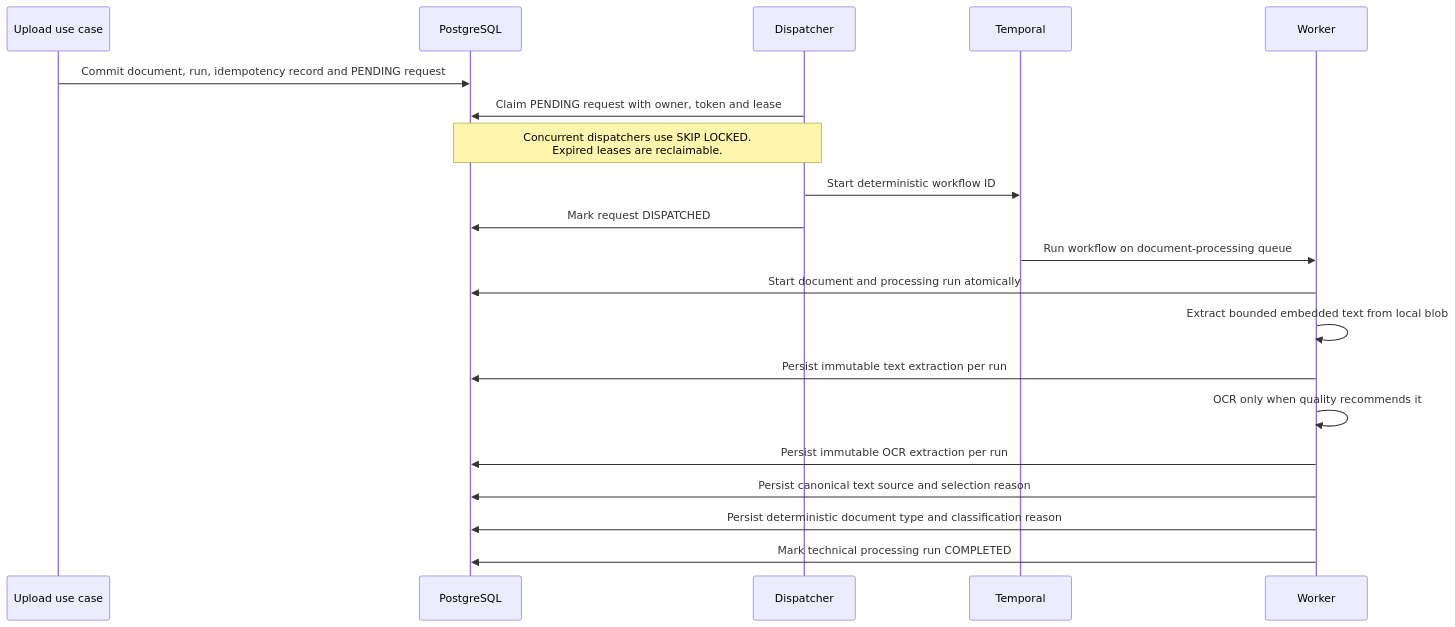
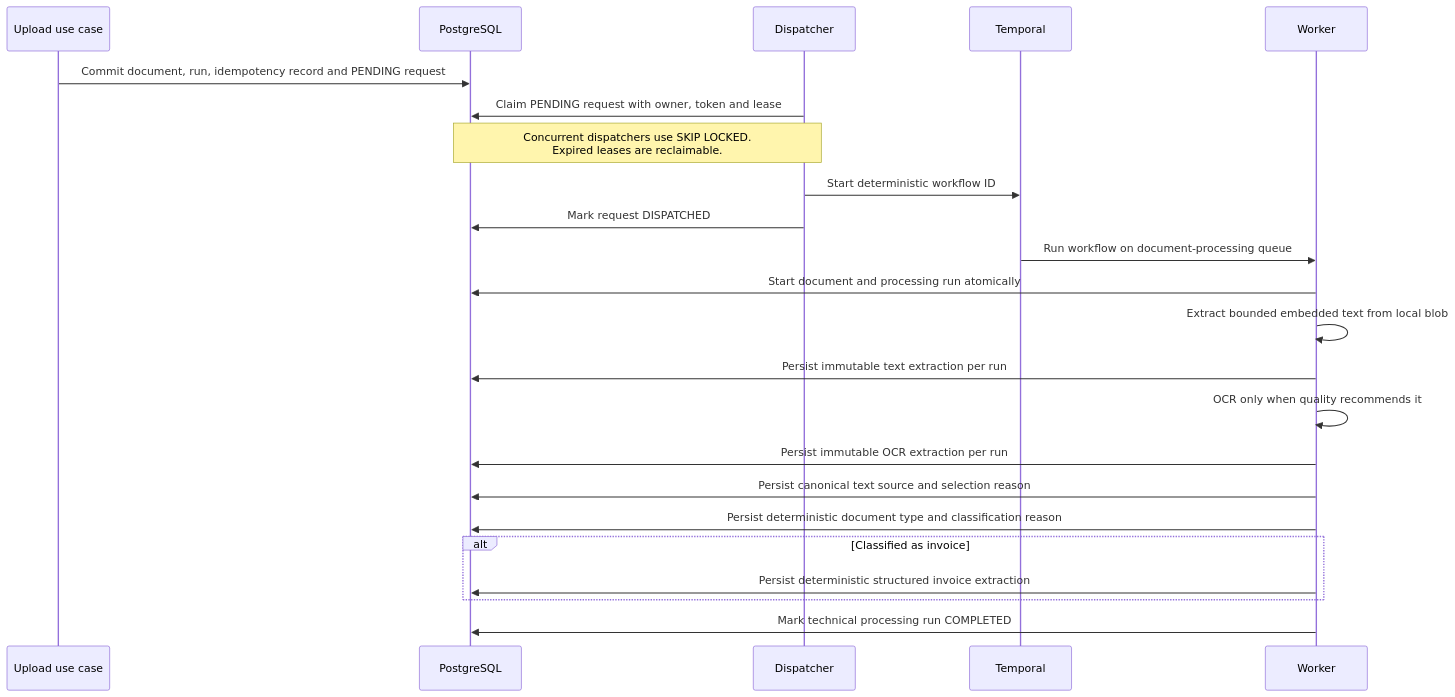
Before and after one commit to PietroRussoD/ai-document-processing-platform: the third of 11 diagrams in docs/architecture.md, drawn with Mermaid. The commit also changed other lines of this file and 11 other files, not shown here.

Commit message:
✨ Run invoice extraction in the workflow

````diff
--- a/docs/architecture.md
+++ b/docs/architecture.md
@@ -71,23 +71,26 @@
 ```mermaid
 sequenceDiagram
     participant API as Upload use case
     participant DB as PostgreSQL
     participant Dispatcher
     participant Temporal
     participant Worker
 
     API->>DB: Commit document, run, idempotency record and PENDING request
     Dispatcher->>DB: Claim PENDING request with owner, token and lease
     Note over Dispatcher,DB: Concurrent dispatchers use SKIP LOCKED.<br/>Expired leases are reclaimable.
     Dispatcher->>Temporal: Start deterministic workflow ID
     Dispatcher->>DB: Mark request DISPATCHED
     Temporal->>Worker: Run workflow on document-processing queue
     Worker->>DB: Start document and processing run atomically
     Worker->>Worker: Extract bounded embedded text from local blob
     Worker->>DB: Persist immutable text extraction per run
     Worker->>Worker: OCR only when quality recommends it
     Worker->>DB: Persist immutable OCR extraction per run
     Worker->>DB: Persist canonical text source and selection reason
     Worker->>DB: Persist deterministic document type and classification reason
+    alt Classified as invoice
+        Worker->>DB: Persist deterministic structured invoice extraction
+    end
     Worker->>DB: Mark technical processing run COMPLETED
 ```
````
